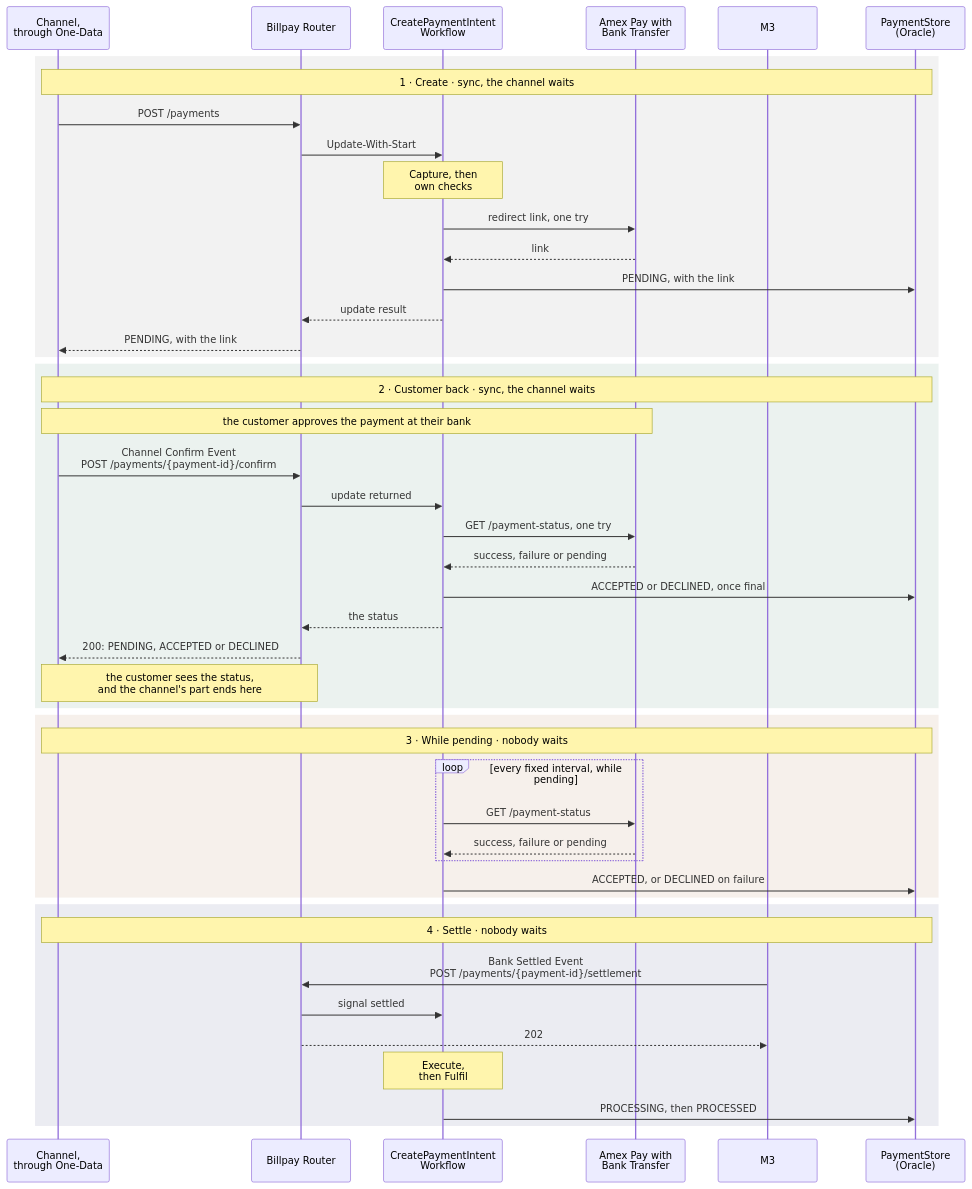
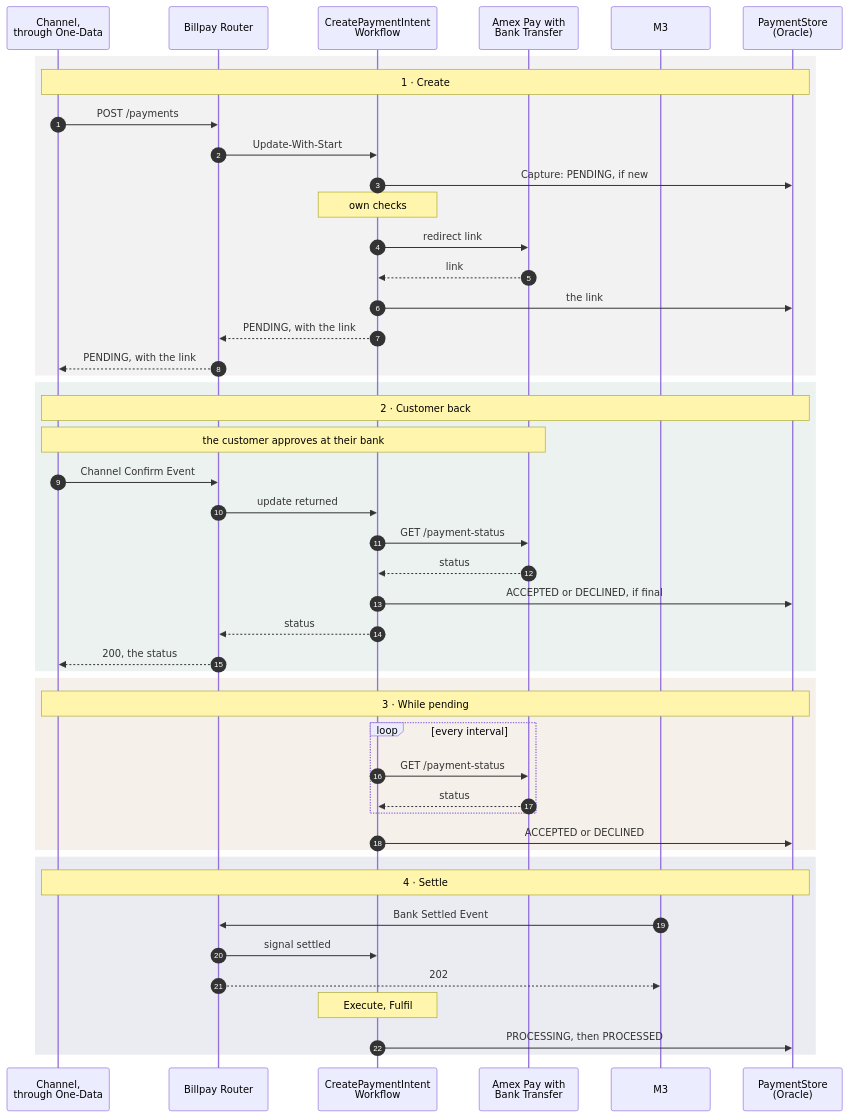
One commit to arunav-bhattacharya/billpay-book changed diagram 14 of 16 in website/docs/design/sequence-diagrams.md. Above: the diagram before and after it, drawn with Mermaid. The commit also changed other lines of this file, not shown here.

Commit message:
Diagram 14: numbered steps, Capture writes, minimal labels
Claude-Session: https://claude.ai/code/session_01UshxEQari2PUUfTC8aoT9X

````diff
--- a/website/docs/design/sequence-diagrams.md
+++ b/website/docs/design/sequence-diagrams.md
@@ -897,63 +897,64 @@
 ```mermaid
 ---
 config:
   fontFamily: "BentonSansUI, Helvetica, Arial, sans-serif"
   fontSize: 15
 ---
 sequenceDiagram
+  autonumber
   %% Pink arrows: something outside resumes the payment.
   %% trigger: Channel Confirm Event
   %% trigger: update returned
   %% trigger: Bank Settled Event
   %% trigger: signal settled
 
   participant CH as Channel,<br/>through One-Data
   participant R as Billpay Router
   participant WF as CreatePaymentIntent<br/>Workflow
   participant PW as Amex Pay with<br/>Bank Transfer
   participant M3
   participant PS as PaymentStore<br/>(Oracle)
 
   rect rgba(89,89,89,0.08)
-    Note over CH,PS: 1 · Create · sync, the channel waits
+    Note over CH,PS: 1 · Create
     CH->>R: POST /payments
     R->>WF: Update-With-Start
-    Note over WF: Capture, then<br/>own checks
-    WF->>PW: redirect link, one try
+    WF->>PS: Capture: PENDING, if new
+    Note over WF: own checks
+    WF->>PW: redirect link
     PW-->>WF: link
-    WF->>PS: PENDING, with the link
-    WF-->>R: update result
+    WF->>PS: the link
+    WF-->>R: PENDING, with the link
     R-->>CH: PENDING, with the link
   end
 
   rect rgba(0,89,52,0.08)
-    Note over CH,PS: 2 · Customer back · sync, the channel waits
-    Note over CH,PW: the customer approves the payment at their bank
-    CH->>R: Channel Confirm Event<br/>POST /payments/{payment-id}/confirm
+    Note over CH,PS: 2 · Customer back
+    Note over CH,PW: the customer approves at their bank
+    CH->>R: Channel Confirm Event
     R->>WF: update returned
-    WF->>PW: GET /payment-status, one try
-    PW-->>WF: success, failure or pending
-    WF->>PS: ACCEPTED or DECLINED, once final
-    WF-->>R: the status
-    R-->>CH: 200: PENDING, ACCEPTED or DECLINED
-    Note over CH,R: the customer sees the status,<br/>and the channel's part ends here
+    WF->>PW: GET /payment-status
+    PW-->>WF: status
+    WF->>PS: ACCEPTED or DECLINED, if final
+    WF-->>R: status
+    R-->>CH: 200, the status
   end
 
   rect rgba(140,65,12,0.08)
-    Note over CH,PS: 3 · While pending · nobody waits
-    loop every fixed interval, while pending
+    Note over CH,PS: 3 · While pending
+    loop every interval
       WF->>PW: GET /payment-status
-      PW-->>WF: success, failure or pending
+      PW-->>WF: status
     end
-    WF->>PS: ACCEPTED, or DECLINED on failure
+    WF->>PS: ACCEPTED or DECLINED
   end
 
   rect rgba(0,23,90,0.08)
-    Note over CH,PS: 4 · Settle · nobody waits
-    M3->>R: Bank Settled Event<br/>POST /payments/{payment-id}/settlement
+    Note over CH,PS: 4 · Settle
+    M3->>R: Bank Settled Event
     R->>WF: signal settled
     R-->>M3: 202
-    Note over WF: Execute,<br/>then Fulfil
+    Note over WF: Execute, Fulfil
     WF->>PS: PROCESSING, then PROCESSED
   end
 ```
````
